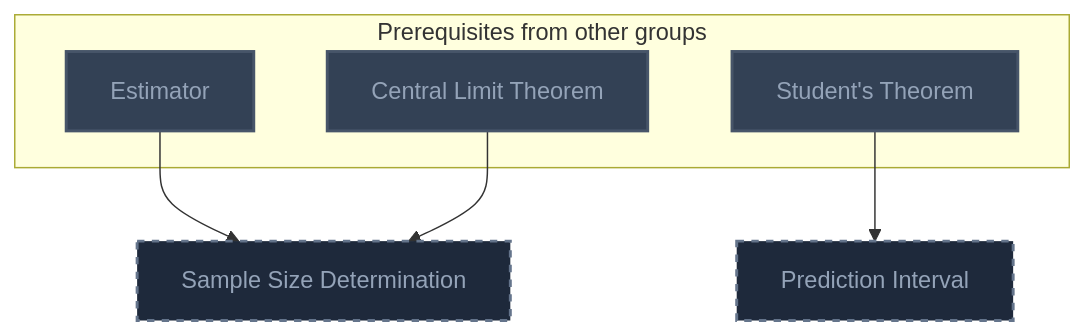
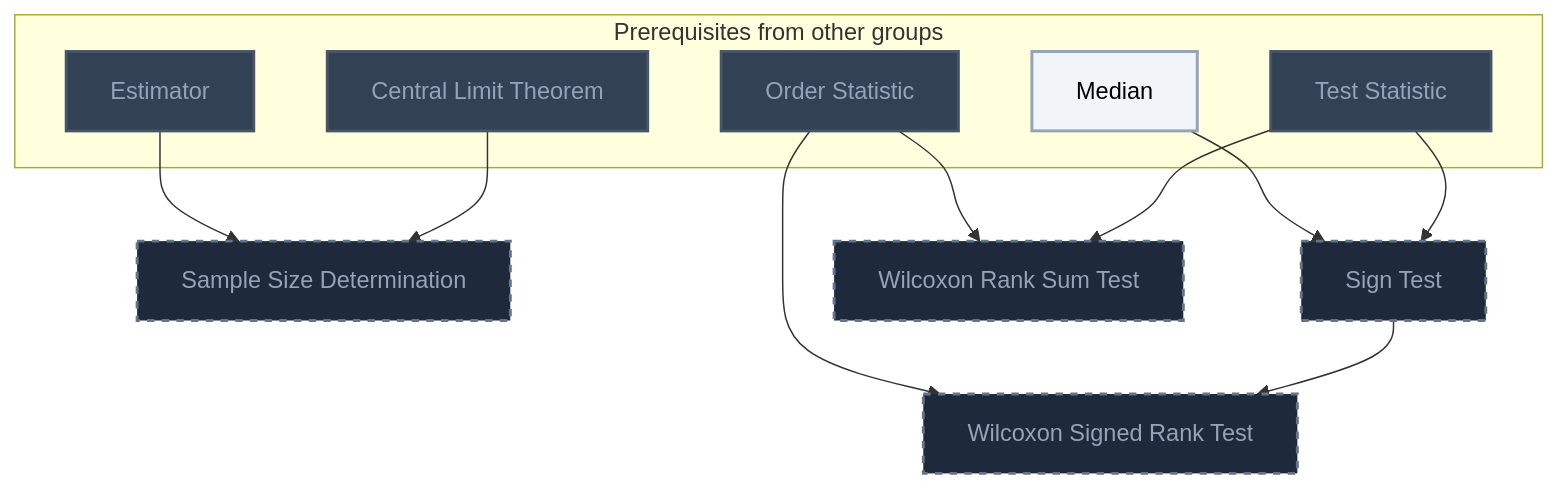
Before and after one commit to MRauf1/My-Notes: the tenth of 11 diagrams in Gamification/Skill Trees/Mathematical Statistics.md, drawn with Mermaid. The commit also changed other lines of this file and 62 other files, not shown here.

````diff
--- a/Gamification/Skill Trees/Mathematical Statistics.md
+++ b/Gamification/Skill Trees/Mathematical Statistics.md
@@ -1223,25 +1109,35 @@
 ```mermaid
 flowchart TD
     classDef planned fill:#1E293B,stroke:#64748B,stroke-width:2px,stroke-dasharray:5 5,color:#94A3B8;
     classDef locked fill:#334155,stroke:#475569,stroke-width:2px,color:#94A3B8;
     classDef L0 fill:#F1F5F9,stroke:#94A3B8,stroke-width:2px,color:#000000;
     classDef L1 fill:#22C55E,stroke:#15803D,stroke-width:2px,color:#000000;
     classDef L2 fill:#3B82F6,stroke:#1D4ED8,stroke-width:3px,color:#FFFFFF;
     classDef L3 fill:#A855F7,stroke:#6B21A8,stroke-width:3px,color:#FFFFFF,font-weight:bold;
     classDef L4 fill:#F97316,stroke:#C2410C,stroke-width:4px,color:#000000,font-weight:bold;
     classDef L5 fill:#FFD700,stroke:#FF8C00,stroke-width:5px,color:#000000,font-weight:bold;
     classDef rusty stroke:#8B4513,stroke-width:4px,stroke-dasharray:3 3;
     subgraph sg_prereqs["Prerequisites from other groups"]
         n_estimator["Estimator"]
         n_central_limit_theorem["Central Limit Theorem"]
-        n_student_s_theorem["Student's Theorem"]
+        n_median["Median"]
+        n_test_statistic["Test Statistic"]
+        n_order_statistic["Order Statistic"]
     end
     n_sample_size_determination["Sample Size Determination"]
-    n_prediction_interval["Prediction Interval"]
+    n_sign_test["Sign Test"]
+    n_wilcoxon_signed_rank_test["Wilcoxon Signed Rank Test"]
+    n_wilcoxon_rank_sum_test["Wilcoxon Rank Sum Test"]
     n_estimator --> n_sample_size_determination
     n_central_limit_theorem --> n_sample_size_determination
-    n_student_s_theorem --> n_prediction_interval
-    class n_sample_size_determination,n_prediction_interval planned;
-    class n_estimator,n_central_limit_theorem,n_student_s_theorem locked;
-    class n_estimator,n_central_limit_theorem,n_student_s_theorem internal-link;
+    n_median --> n_sign_test
+    n_test_statistic --> n_sign_test
+    n_order_statistic --> n_wilcoxon_signed_rank_test
+    n_sign_test --> n_wilcoxon_signed_rank_test
+    n_order_statistic --> n_wilcoxon_rank_sum_test
+    n_test_statistic --> n_wilcoxon_rank_sum_test
+    class n_sample_size_determination,n_sign_test,n_wilcoxon_signed_rank_test,n_wilcoxon_rank_sum_test planned;
+    class n_estimator,n_central_limit_theorem,n_test_statistic,n_order_statistic locked;
+    class n_median L0;
+    class n_estimator,n_central_limit_theorem,n_median,n_test_statistic,n_order_statistic internal-link;
 ```
````
